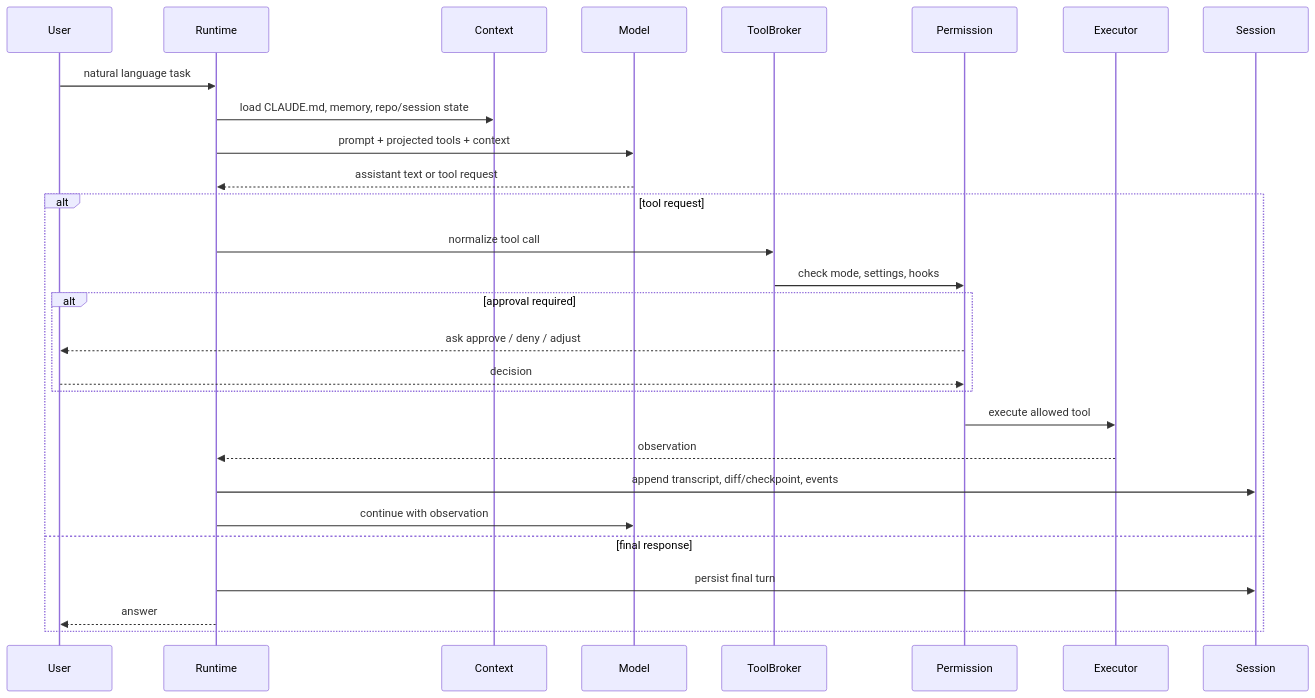
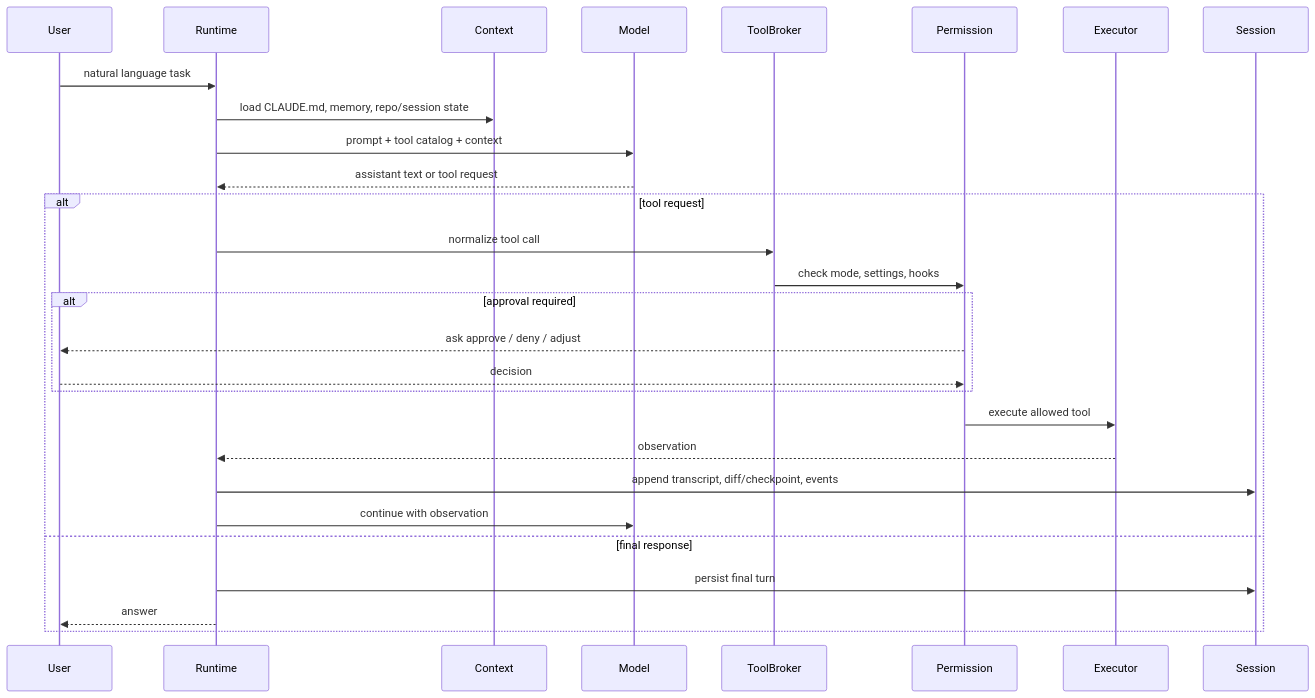
The fifth of 5 diagrams in docs/adr/0002-harness-agent-architecture.md (Suysker/xox-model), drawn with Mermaid before and after one commit. The commit also changed other lines of this file and 7 other files, not shown here.

````diff
--- a/docs/adr/0002-harness-agent-architecture.md
+++ b/docs/adr/0002-harness-agent-architecture.md
@@ -210,31 +208,31 @@
 ```mermaid
 sequenceDiagram
   participant User
   participant Runtime
   participant Context
   participant Model
   participant ToolBroker
   participant Permission
   participant Executor
   participant Session
 
   User->>Runtime: natural language task
   Runtime->>Context: load CLAUDE.md, memory, repo/session state
-  Runtime->>Model: prompt + projected tools + context
+  Runtime->>Model: prompt + tool catalog + context
   Model-->>Runtime: assistant text or tool request
   alt tool request
     Runtime->>ToolBroker: normalize tool call
     ToolBroker->>Permission: check mode, settings, hooks
     alt approval required
       Permission-->>User: ask approve / deny / adjust
       User-->>Permission: decision
     end
     Permission->>Executor: execute allowed tool
     Executor-->>Runtime: observation
     Runtime->>Session: append transcript, diff/checkpoint, events
     Runtime->>Model: continue with observation
   else final response
     Runtime->>Session: persist final turn
     Runtime-->>User: answer
   end
 ```
````
